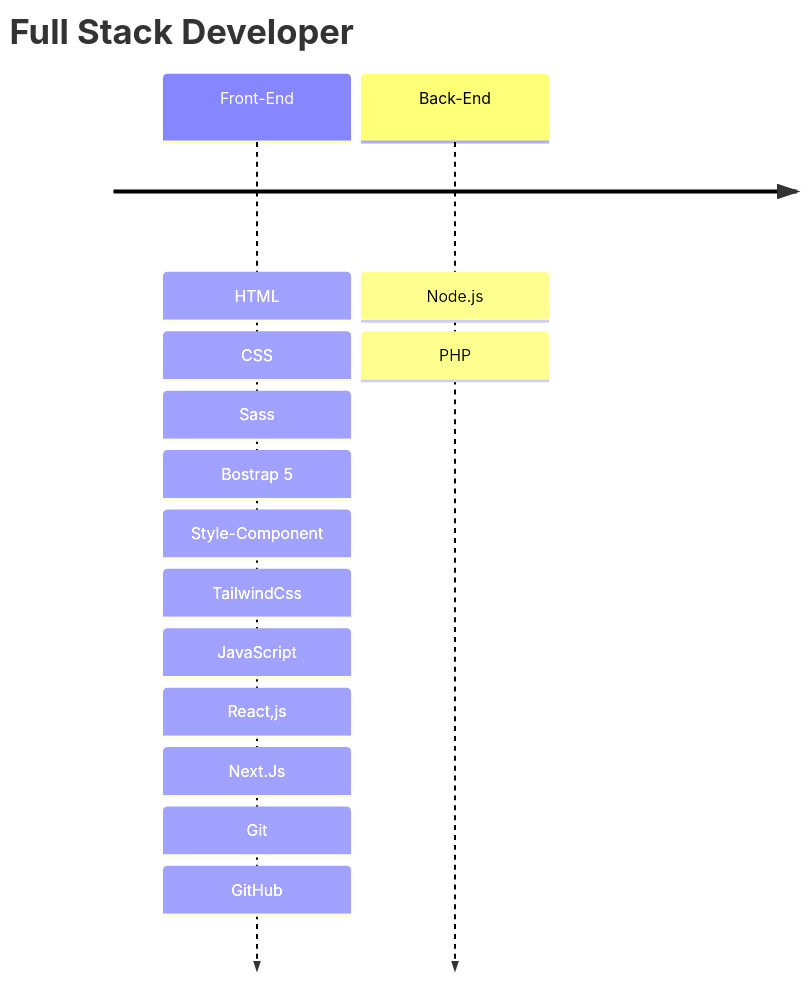
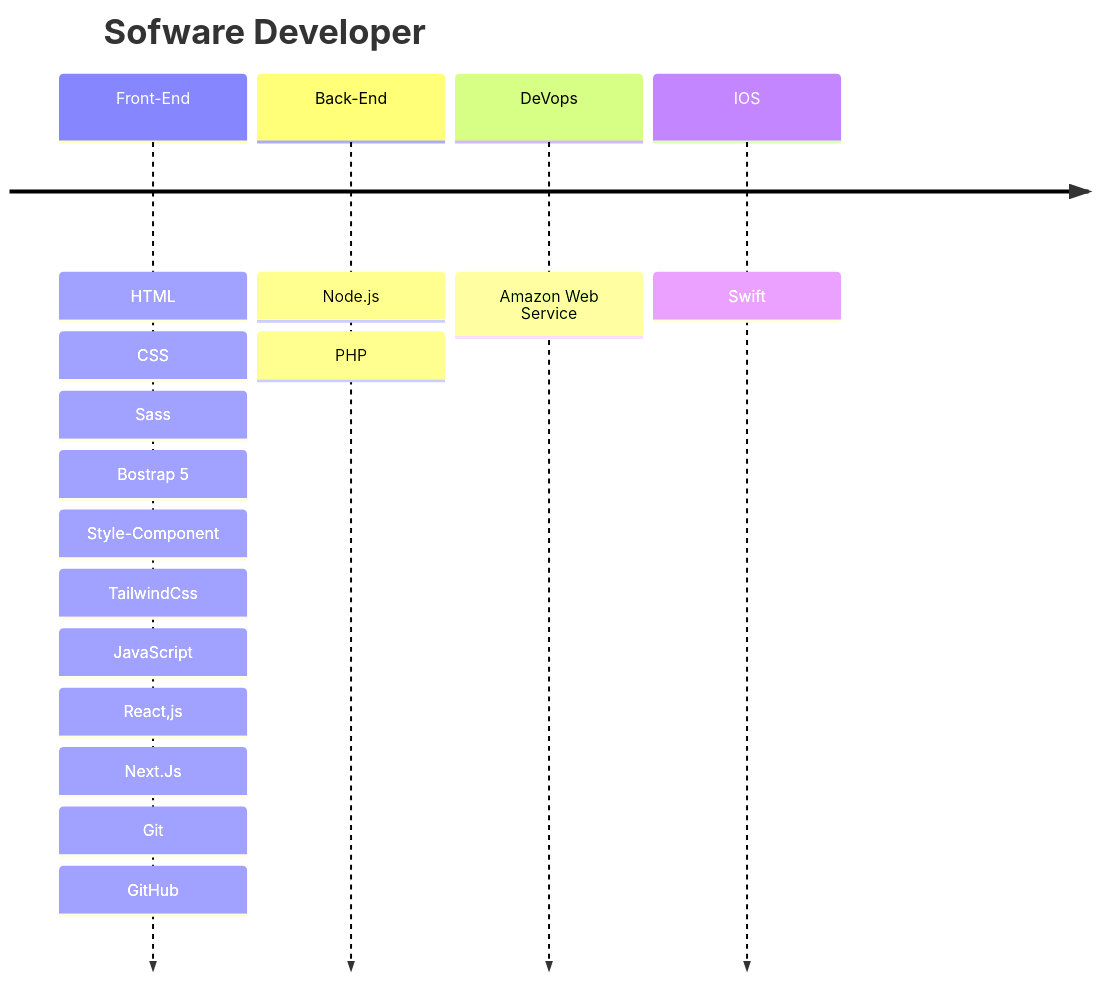
The diagram in README.md (Marttify/Aguilar1998), drawn with Mermaid before and after one commit.

Commit message:
Update README.md
New Desing

````diff
--- a/README.md
+++ b/README.md
@@ -7,6 +7,8 @@
 ``` mermaid
 timeline
-   title Full Stack Developer 
+   title Sofware Developer
    Front-End : HTML: CSS: Sass: Bostrap 5: Style-Component: TailwindCss: JavaScript: React,js: Next.Js: Git: GitHub 
    Back-End : Node.js : PHP 
+   DeVops: Amazon Web Service
+   IOS: Swift
 ```
````
